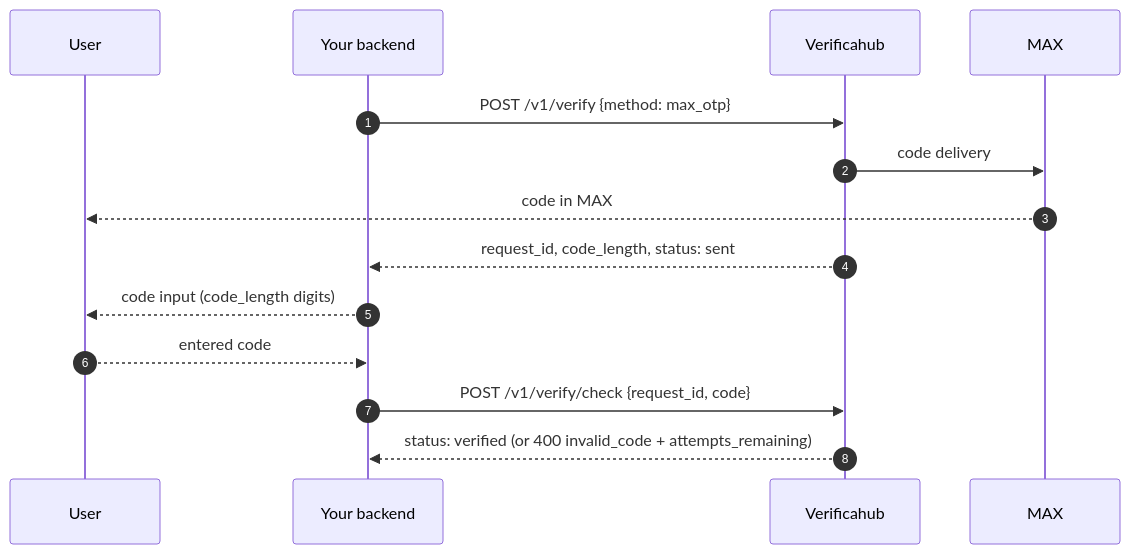
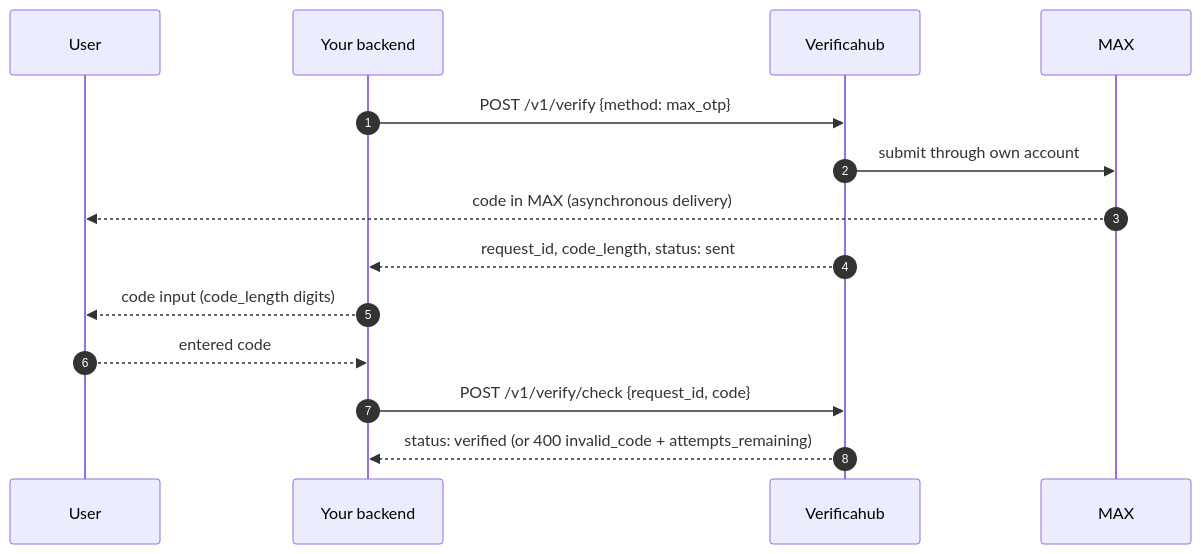
One commit to verificahub/verificahub-docs changed the diagram in i18n/en/docusaurus-plugin-content-docs/current/integration/flows/max_otp.md. Above: the diagram before and after it, drawn with Mermaid. The commit also changed other lines of this file and 31 other files, not shown here.

````diff
--- a/i18n/en/docusaurus-plugin-content-docs/current/integration/flows/max_otp.md
+++ b/i18n/en/docusaurus-plugin-content-docs/current/integration/flows/max_otp.md
@@ -12,16 +14,16 @@
 ```mermaid
 sequenceDiagram
     autonumber
     participant U as User
     participant App as Your backend
     participant VH as Verificahub
     participant MAX as MAX
     App->>VH: POST /v1/verify {method: max_otp}
-    VH->>MAX: code delivery
-    MAX-->>U: code in MAX
+    VH->>MAX: submit through own account
+    MAX-->>U: code in MAX (asynchronous delivery)
     VH-->>App: request_id, code_length, status: sent
     App-->>U: code input (code_length digits)
     U-->>App: entered code
     App->>VH: POST /v1/verify/check {request_id, code}
     VH-->>App: status: verified (or 400 invalid_code + attempts_remaining)
 ```
````
